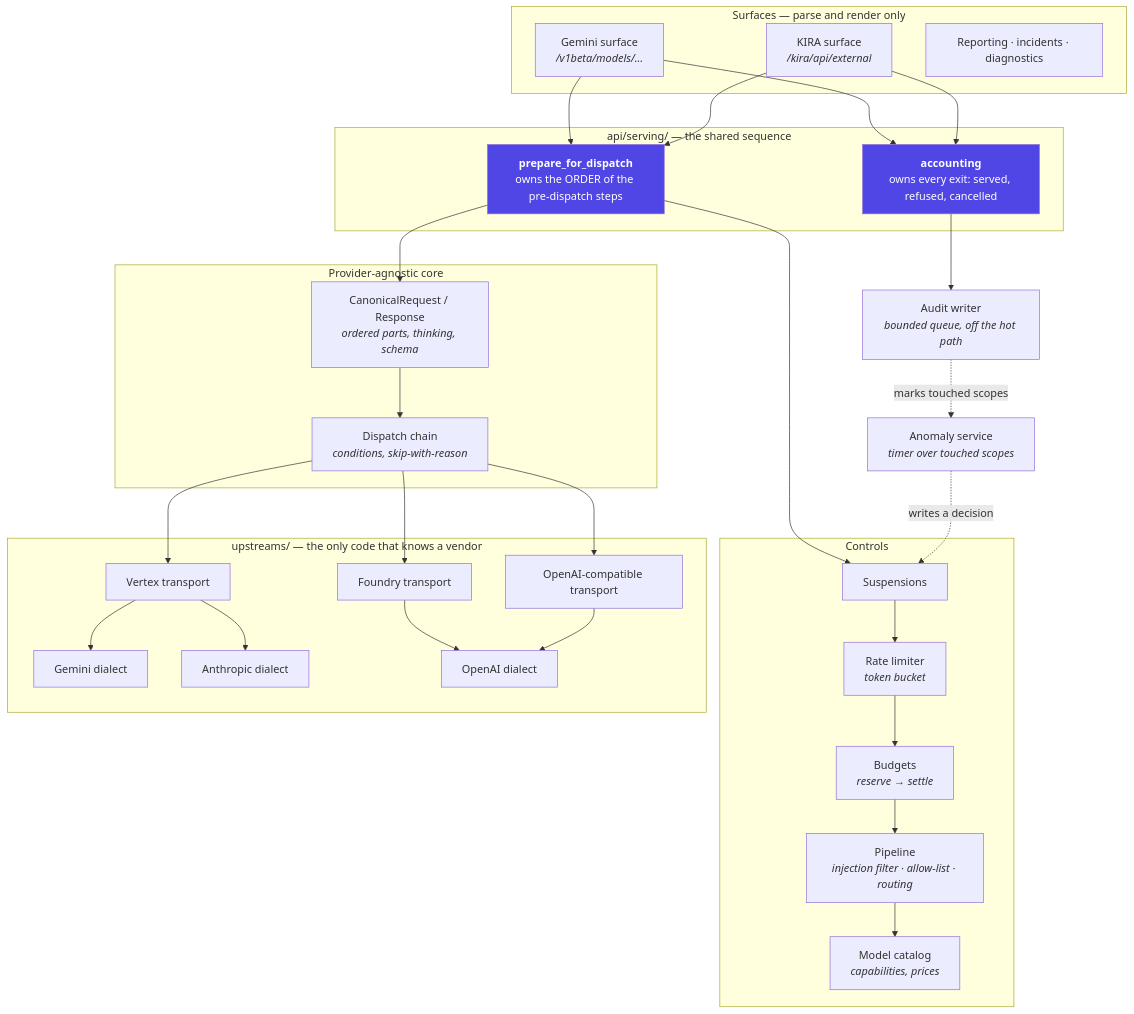
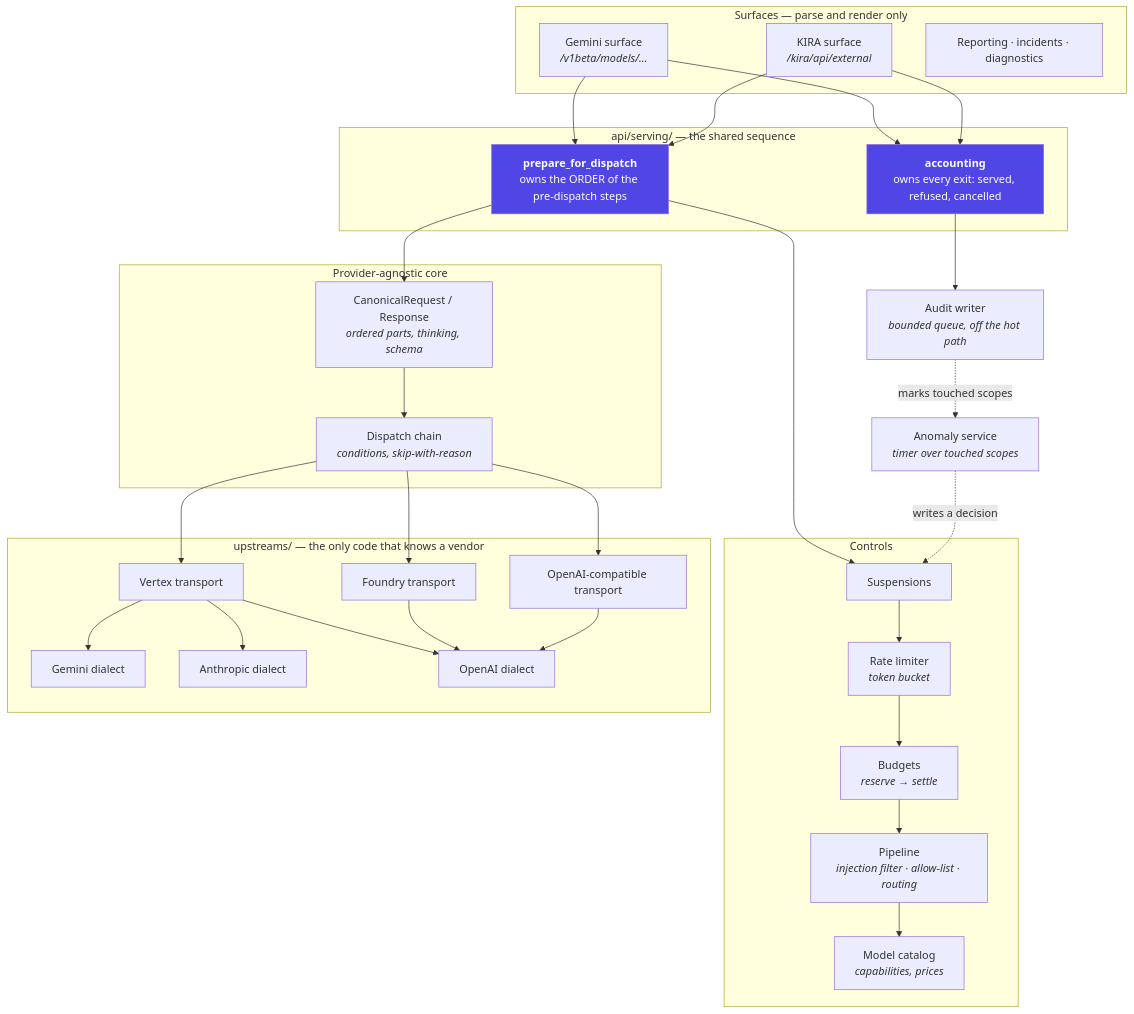
One commit to InigoImago/AIRA-Gateway changed the sixth of 13 diagrams in docs/ARCHITECTURE.md. Above: the diagram before and after it, drawn with Mermaid. The commit also changed other lines of this file and 743 other files, not shown here.

````diff
--- a/docs/ARCHITECTURE.md
+++ b/docs/ARCHITECTURE.md
@@ -538,56 +540,56 @@
 ```mermaid
 graph TB
     subgraph surfaces["Surfaces — parse and render only"]
         gemini["Gemini surface<br/><i>/v1beta/models/…</i>"]
         kira["KIRA surface<br/><i>/kira/api/external</i>"]
         ops["Reporting · incidents · diagnostics"]
     end
 
     subgraph shared["api/serving/ — the shared sequence"]
         prep["<b>prepare_for_dispatch</b><br/>owns the ORDER of the pre-dispatch steps"]
         acct["<b>accounting</b><br/>owns every exit: served, refused, cancelled"]
     end
 
     subgraph controls["Controls"]
         susp["Suspensions"]
         rl["Rate limiter<br/><i>token bucket</i>"]
         budget["Budgets<br/><i>reserve → settle</i>"]
         pipe["Pipeline<br/><i>injection filter · allow-list · routing</i>"]
         cat["Model catalog<br/><i>capabilities, prices</i>"]
     end
 
     subgraph core["Provider-agnostic core"]
         canon["CanonicalRequest / Response<br/><i>ordered parts, thinking, schema</i>"]
         chain["Dispatch chain<br/><i>conditions, skip-with-reason</i>"]
     end
 
     subgraph up["upstreams/ — the only code that knows a vendor"]
         vt["Vertex transport"]
         ft["Foundry transport"]
         ot["OpenAI-compatible transport"]
         gd["Gemini dialect"]
         ad["Anthropic dialect"]
         od["OpenAI dialect"]
     end
 
     audit["Audit writer<br/><i>bounded queue, off the hot path</i>"]
     anom["Anomaly service<br/><i>timer over touched scopes</i>"]
 
     gemini --> prep
     kira --> prep
     prep --> susp --> rl --> budget --> pipe --> cat
     prep --> canon
     canon --> chain
     chain --> vt & ft & ot
-    vt --> gd & ad
+    vt --> gd & ad & od
     ft --> od
     ot --> od
     gemini --> acct
     kira --> acct
     acct --> audit
     audit -.->|"marks touched scopes"| anom
     anom -.->|"writes a decision"| susp
 
     style prep fill:#4f46e5,color:#fff
     style acct fill:#4f46e5,color:#fff
 ```
````
